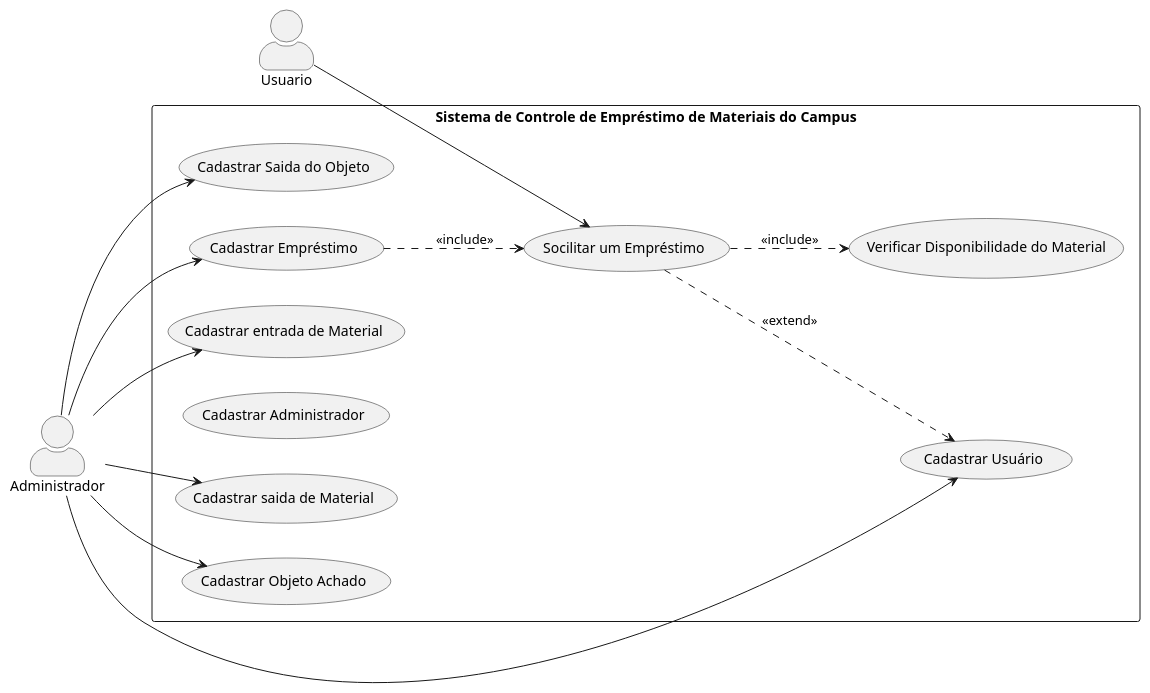
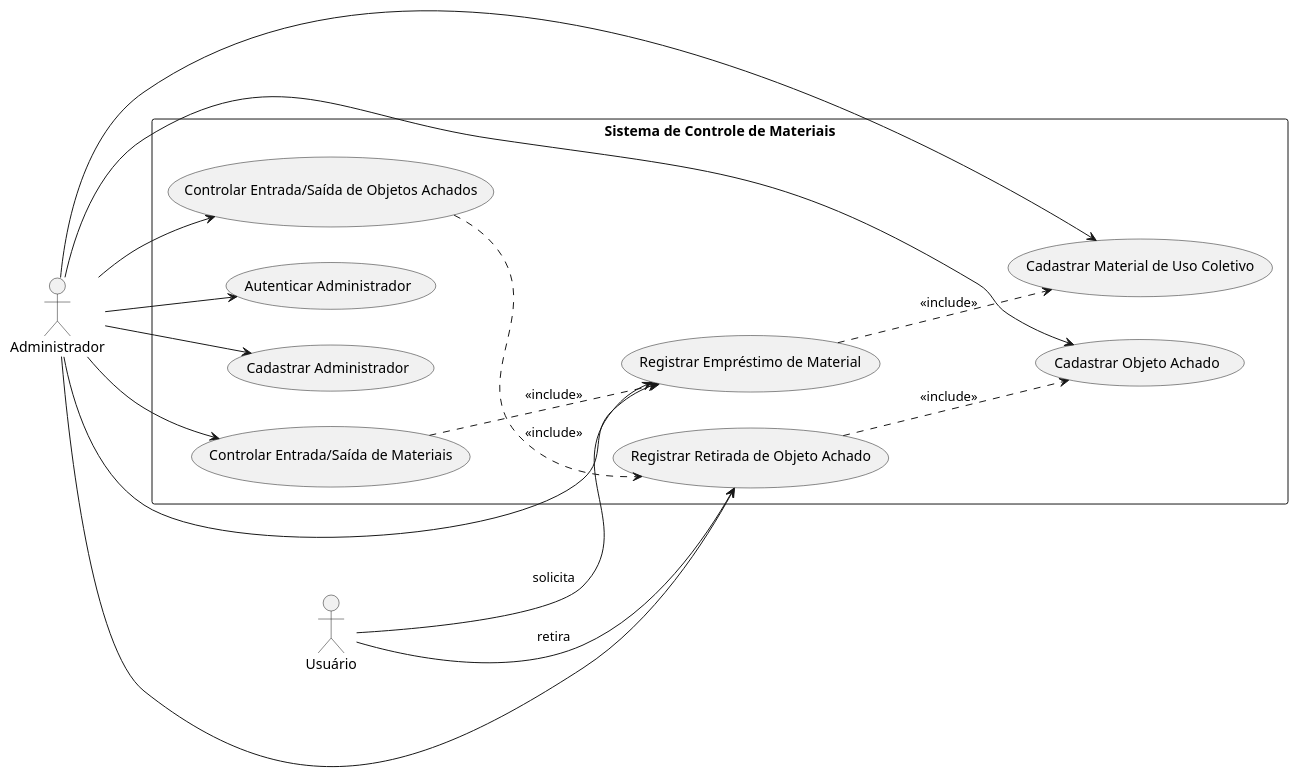
The diagram in 2025/APS/Abril/diagramaCasoUso.puml (anabeatm/faculdade), drawn with PlantUML before and after one commit. The commit also changed 10 other files, not shown here.

```diff
--- a/2025/APS/Abril/diagramaCasoUso.puml
+++ b/2025/APS/Abril/diagramaCasoUso.puml
@@ -1,37 +1,35 @@
 @startuml
 left to right direction
-skinparam actorPosition top
-skinparam actorStyle awesome
+actor Administrador
+actor "Usuário" as Usuario
 
-actor Administrador as A
-actor Usuario as U
-
-rectangle "Sistema de Controle de Empréstimo de Materiais do Campus" {
-  
-  usecase "Cadastrar Empréstimo" as CE1
-  usecase "Cadastrar entrada de Material" as CE2
-  usecase "Cadastrar saida de Material" as CE3
-  usecase "Cadastrar Usuário" as CE4
-  usecase "Socilitar um Empréstimo" as CE5
-  usecase "Cadastrar Administrador" as CE6
-  usecase "Verificar Disponibilidade do Material" as CE7
-  usecase "Cadastrar Objeto Achado" as CO1
-  usecase "Cadastrar Saida do Objeto" as CO2
-  
-
-  A --> CE1
-  A --> CE2
-  A --> CE3
-  A --> CE4
-  A --> CO1
-  A --> CO2
-
-  
-  U --> CE5
-
-  CE1 .-> CE5 : <<include>>
-  CE5 .-> CE7 : <<include>>
-  CE5 .-> CE4 : <<extend>>
+rectangle "Sistema de Controle de Materiais" {
+    usecase "Cadastrar Administrador" as UC1
+    usecase "Cadastrar Material de Uso Coletivo" as UC2
+    usecase "Registrar Empréstimo de Material" as UC3
+    usecase "Controlar Entrada/Saída de Materiais" as UC4
+    usecase "Cadastrar Objeto Achado" as UC5
+    usecase "Registrar Retirada de Objeto Achado" as UC6
+    usecase "Controlar Entrada/Saída de Objetos Achados" as UC7
+    usecase "Autenticar Administrador" as UC8
 }
 
+Administrador --> UC1
+Administrador --> UC2
+Administrador --> UC3
+Administrador --> UC4
+Administrador --> UC5
+Administrador --> UC7
+Administrador --> UC8
+Administrador --> UC6
+
+Usuario --> UC3 : solicita
+Usuario --> UC6 : retira
+
+UC4 .-> UC3 : <<include>>
+UC3 .-> UC2 : <<include>>
+
+UC7 .-> UC6 : <<include>>
+UC6 .-> UC5 : <<include>>
+
 @enduml
```
